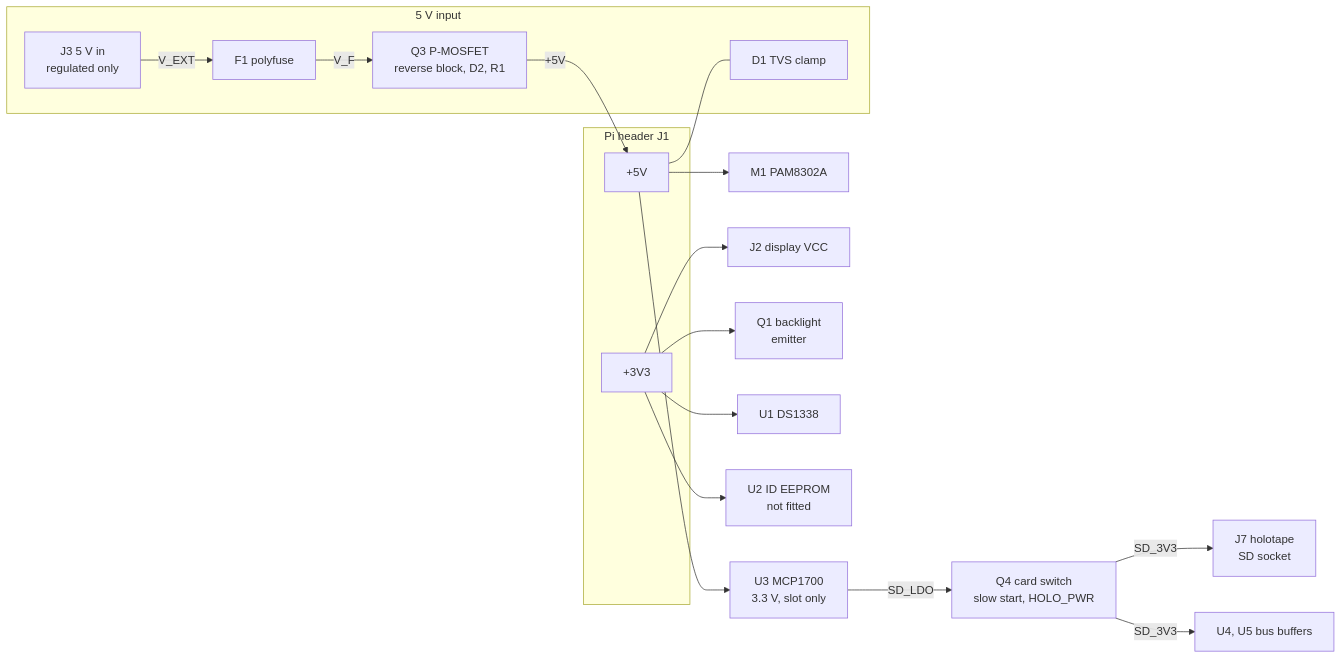
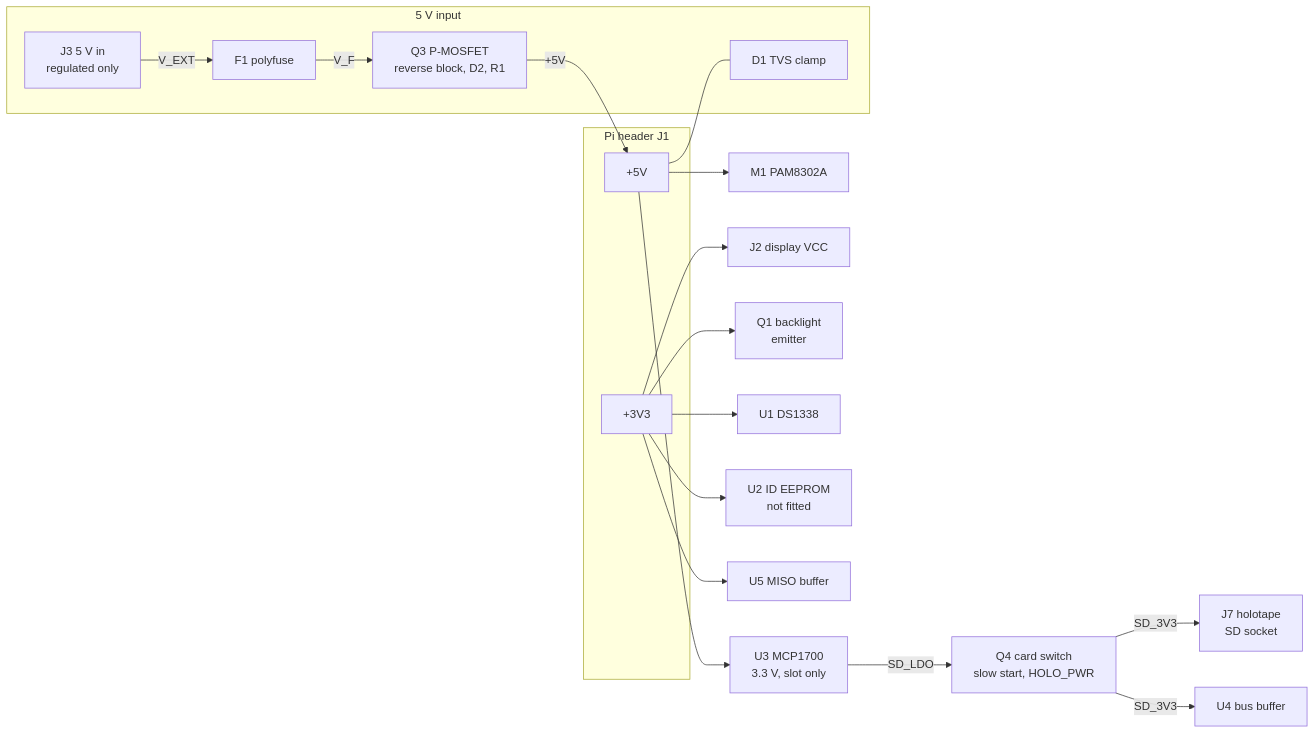
The first of 2 diagrams in pipboy-hat/spec/SPEC.md (RobCo-Industries/RobCo-Hardware), drawn with Mermaid before and after one commit. The commit also changed other lines of this file and 3 other files, not shown here.

Commit message:
Gate the holotape MISO buffer and add a card-detect interlock

````diff
--- a/pipboy-hat/spec/SPEC.md
+++ b/pipboy-hat/spec/SPEC.md
@@ -39,32 +39,34 @@
 ```mermaid
 flowchart LR
     subgraph POWER["5 V input"]
         J3["J3 5 V in<br/>regulated only"]
         F1["F1 polyfuse"]
         Q3["Q3 P-MOSFET<br/>reverse block, D2, R1"]
         D1["D1 TVS clamp"]
     end
     subgraph J1["Pi header J1"]
         P5V["+5V"]
         P3V3["+3V3"]
     end
     M1["M1 PAM8302A"]
     J2["J2 display VCC"]
     BLSW["Q1 backlight<br/>emitter"]
     U1["U1 DS1338"]
     U2["U2 ID EEPROM<br/>not fitted"]
     U3["U3 MCP1700<br/>3.3 V, slot only"]
     Q4["Q4 card switch<br/>slow start, HOLO_PWR"]
     J7["J7 holotape<br/>SD socket"]
-    BUFP["U4, U5 bus buffers"]
+    BUFP["U4 bus buffer"]
+    U5P["U5 MISO buffer"]
     J3 -- "V_EXT" --> F1 -- "V_F" --> Q3
     Q3 -- "+5V" --> P5V
     P5V --- D1
     P5V --> M1
     P3V3 --> J2
     P3V3 --> BLSW
     P3V3 --> U1
     P3V3 --> U2
     P5V --> U3 -- "SD_LDO" --> Q4 -- "SD_3V3" --> J7
     Q4 -- "SD_3V3" --> BUFP
+    P3V3 --> U5P
 ```
````
